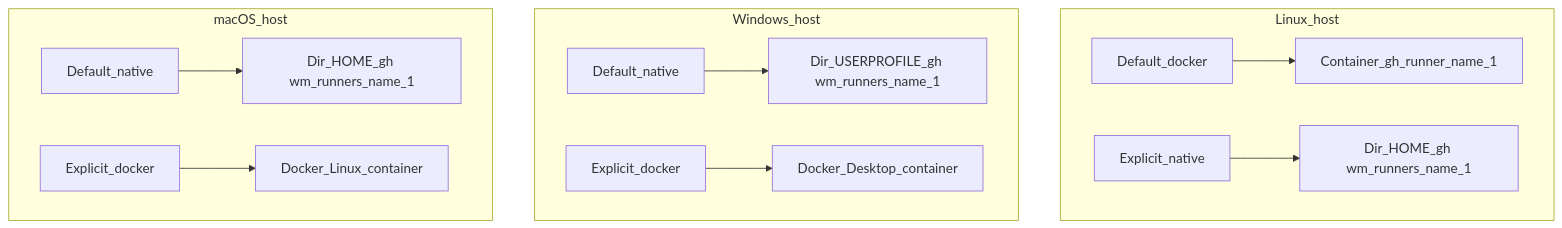
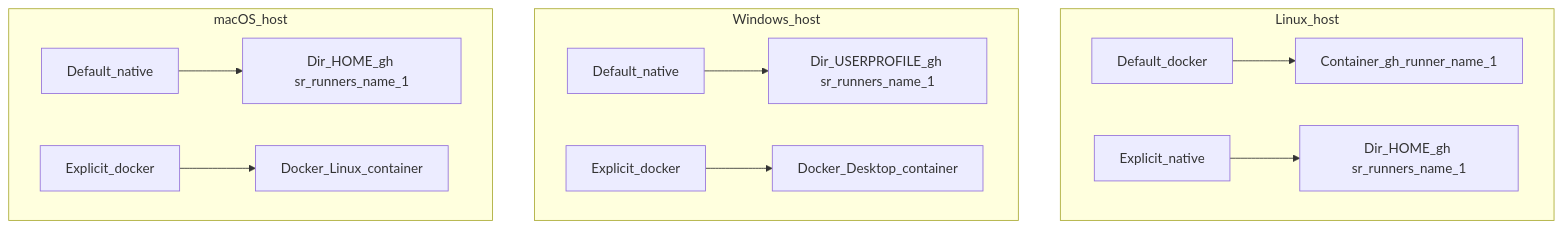
Before and after one commit to baizhiheizi/gh-sr: the second of 5 diagrams in docs/content/architecture.md, drawn with Mermaid. The commit also changed other lines of this file and 53 other files, not shown here.

````diff
--- a/docs/content/architecture.md
+++ b/docs/content/architecture.md
@@ -44,21 +44,21 @@
 ```mermaid
 flowchart TB
   subgraph linuxHost [Linux_host]
     ld[Default_docker]
     ln[Explicit_native]
     ld --> c1[Container_gh_runner_name_1]
-    ln --> d1[Dir_HOME_gh wm_runners_name_1]
+    ln --> d1[Dir_HOME_gh sr_runners_name_1]
   end
   subgraph winHost [Windows_host]
     wn[Default_native]
     wd[Explicit_docker]
-    wn --> wd1[Dir_USERPROFILE_gh wm_runners_name_1]
+    wn --> wd1[Dir_USERPROFILE_gh sr_runners_name_1]
     wd --> wc1[Docker_Desktop_container]
   end
   subgraph macHost [macOS_host]
     mn[Default_native]
     md[Explicit_docker]
-    mn --> md1[Dir_HOME_gh wm_runners_name_1]
+    mn --> md1[Dir_HOME_gh sr_runners_name_1]
     md --> mc1[Docker_Linux_container]
   end
 ```
````
